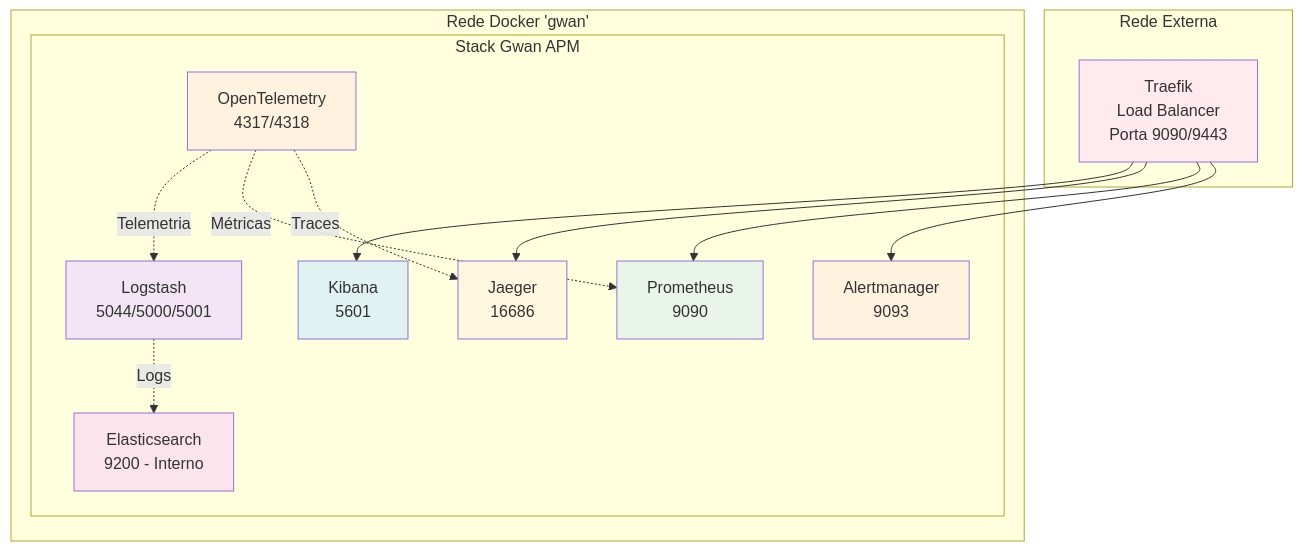
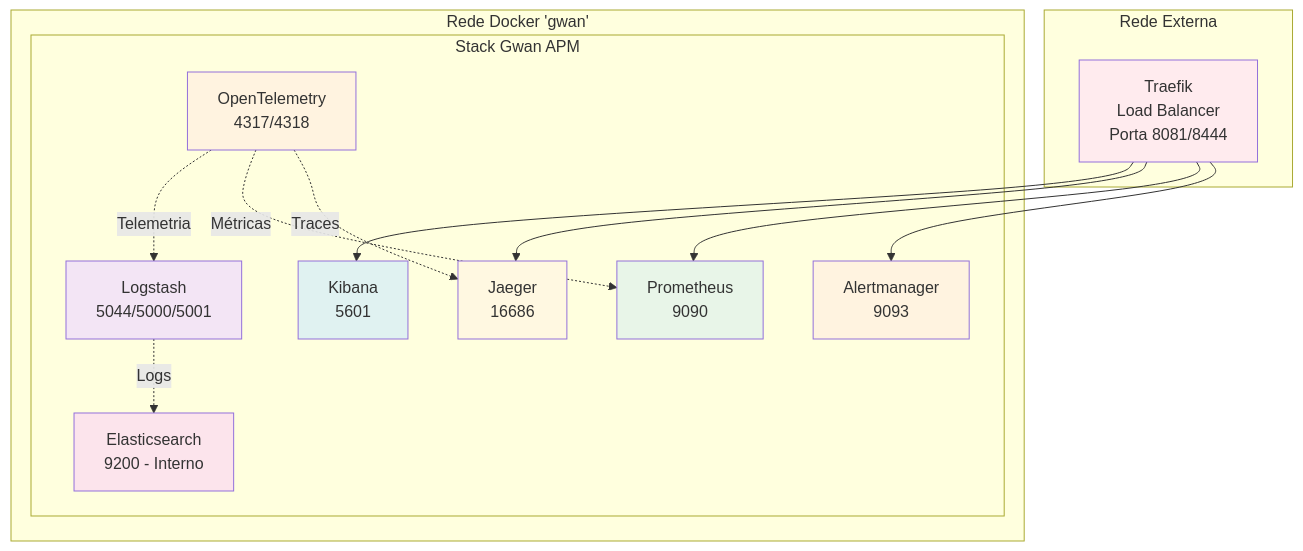
Before and after one commit to rastamansp/gwan-logs: the fourth of 4 diagrams in README.md, drawn with Mermaid. The commit also changed other lines of this file and 1 other file, not shown here.

Commit message:
fix: ajusta portas do Traefik para 8081/8444/8082 evitando conflitos com serviços existentes

````diff
--- a/README.md
+++ b/README.md
@@ -124,37 +124,37 @@
 ```mermaid
 graph TB
     subgraph "Rede Externa"
-        T[Traefik<br/>Load Balancer<br/>Porta 9090/9443]
+        T[Traefik<br/>Load Balancer<br/>Porta 8081/8444]
     end
     
     subgraph "Rede Docker 'gwan'"
         subgraph "Stack Gwan APM"
             ES[Elasticsearch<br/>9200 - Interno]
             K[Kibana<br/>5601]
             LS[Logstash<br/>5044/5000/5001]
             OTEL[OpenTelemetry<br/>4317/4318]
             J[Jaeger<br/>16686]
             P[Prometheus<br/>9090]
             A[Alertmanager<br/>9093]
         end
     end
     
     T --> K
     T --> J
     T --> P
     T --> A
     
     LS -.->|Logs| ES
     OTEL -.->|Telemetria| LS
     OTEL -.->|Métricas| P
     OTEL -.->|Traces| J
     
     style T fill:#ffebee
     style ES fill:#fce4ec
     style K fill:#e0f2f1
     style LS fill:#f3e5f5
     style OTEL fill:#fff3e0
     style J fill:#fff8e1
     style P fill:#e8f5e8
     style A fill:#fff3e0
 ```
````
